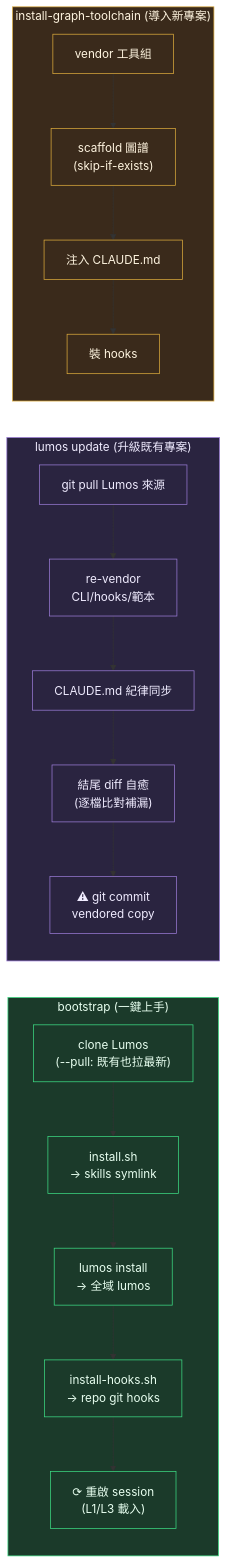
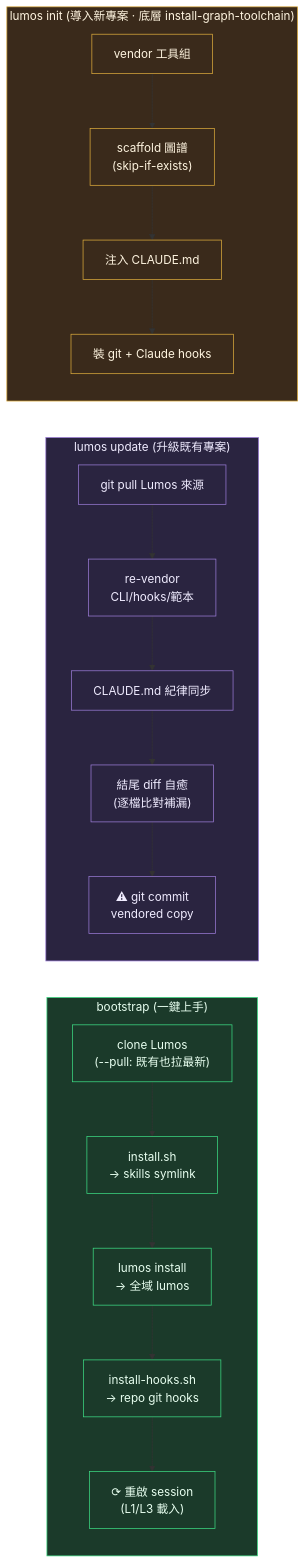
Before and after one commit to EnzoHsieh-Android/Lumos: the second of 4 diagrams in ARCHITECTURE.md, drawn with Mermaid. The commit also changed other lines of this file and 4 other files, not shown here.

````diff
--- a/ARCHITECTURE.md
+++ b/ARCHITECTURE.md
@@ -64,32 +64,32 @@
 ```mermaid
 flowchart LR
     subgraph BOOT["bootstrap (一鍵上手)"]
         direction TB
         B1["clone Lumos<br/>(--pull: 既有也拉最新)"] --> B2["install.sh<br/>→ skills symlink"]
         B2 --> B3["lumos install<br/>→ 全域 lumos"]
         B3 --> B4["install-hooks.sh<br/>→ repo git hooks"]
         B4 --> B5["⟳ 重啟 session<br/>(L1/L3 載入)"]
     end
 
     subgraph UPD["lumos update (升級既有專案)"]
         direction TB
         U1["git pull Lumos 來源"] --> U2["re-vendor<br/>CLI/hooks/範本"]
         U2 --> U3["CLAUDE.md 紀律同步"]
         U3 --> U4["結尾 diff 自癒<br/>(逐檔比對補漏)"]
         U4 --> U5["⚠ git commit<br/>vendored copy"]
     end
 
-    subgraph NEW["install-graph-toolchain (導入新專案)"]
+    subgraph NEW["lumos init (導入新專案 · 底層 install-graph-toolchain)"]
         direction TB
         N1["vendor 工具組"] --> N2["scaffold 圖譜<br/>(skip-if-exists)"]
         N2 --> N3["注入 CLAUDE.md"]
-        N3 --> N4["裝 hooks"]
+        N3 --> N4["裝 git + Claude hooks"]
     end
 
     classDef boot fill:#1b3a2a,stroke:#3ddc84,color:#e8fff0
     classDef upd fill:#2a2440,stroke:#9a7bd6,color:#f0ecff
     classDef new fill:#3a2a1b,stroke:#dcab3d,color:#fff5e0
     class BOOT,B1,B2,B3,B4,B5 boot
     class UPD,U1,U2,U3,U4,U5 upd
     class NEW,N1,N2,N3,N4 new
 ```
````
